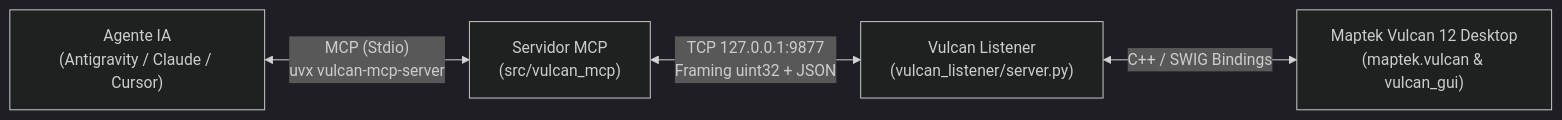
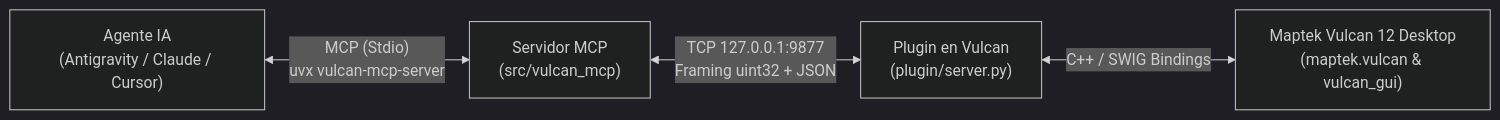
One commit to LuiccianDev/vulcan-mcp changed the diagram in README.md. Above: the diagram before and after it, drawn with Mermaid (dark theme). The commit also changed other lines of this file and 19 other files, not shown here.

Commit message:
feat: add core client implementation, tests, agent hooks, and comprehensive documentation for Vulcan MCP server

````diff
--- a/README.md
+++ b/README.md
@@ -32,6 +75,6 @@
 ```mermaid
 flowchart LR
     A["Agente IA<br/>(Antigravity / Claude / Cursor)"] <-->|"MCP (Stdio)<br/>uvx vulcan-mcp-server"| B["Servidor MCP<br/>(src/vulcan_mcp)"]
-    B <-->|"TCP 127.0.0.1:9877<br/>Framing uint32 + JSON"| C["Vulcan Listener<br/>(vulcan_listener/server.py)"]
+    B <-->|"TCP 127.0.0.1:9877<br/>Framing uint32 + JSON"| C["Plugin en Vulcan<br/>(plugin/server.py)"]
     C <-->|"C++ / SWIG Bindings"| D["Maptek Vulcan 12 Desktop<br/>(maptek.vulcan & vulcan_gui)"]
 ```
````
